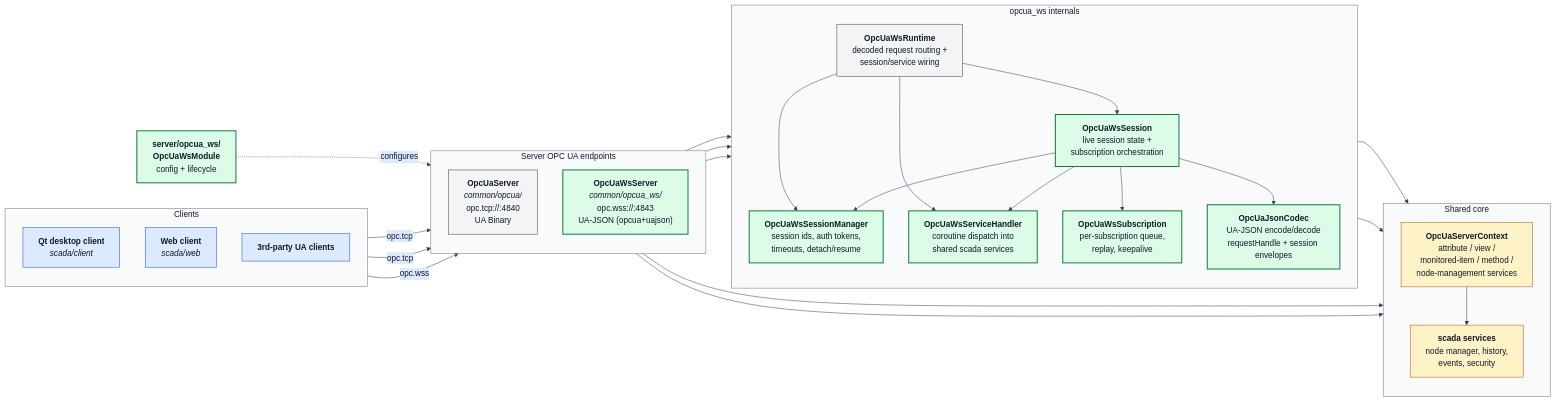
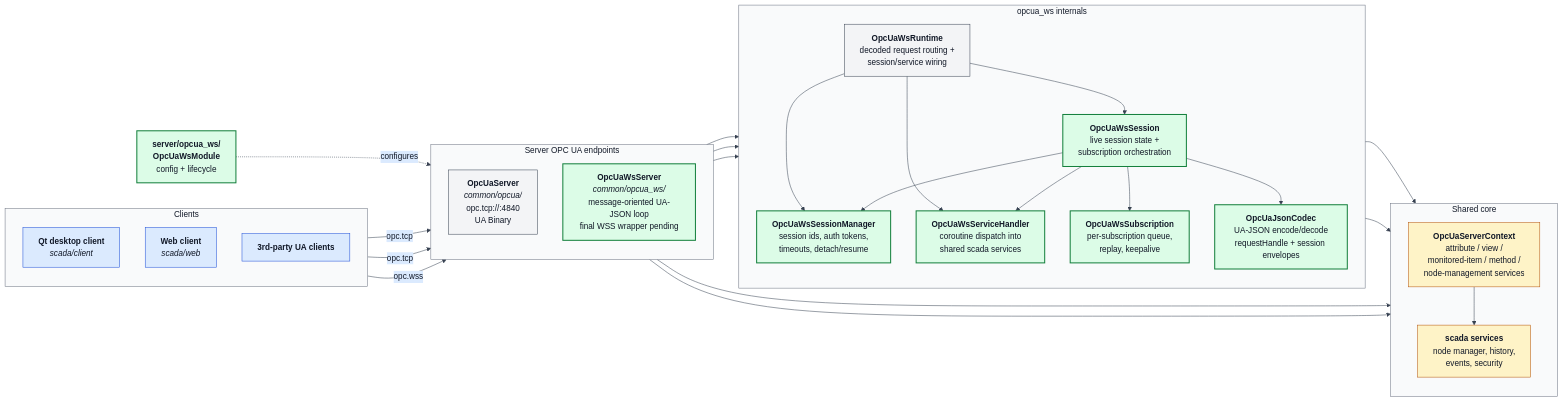
One commit to alexsmn/scada-common changed the diagram in docs/opcua_ws_architecture.mmd. Above: the diagram before and after it, drawn with Mermaid. The commit also changed 7 other files, not shown here.

Commit message:
Add opcua_ws transport server loop

```diff
--- a/docs/opcua_ws_architecture.mmd
+++ b/docs/opcua_ws_architecture.mmd
@@ -1,84 +1,84 @@
 %%{init: {
   'theme': 'base',
   'themeVariables': {
     'background': '#ffffff',
     'primaryColor': '#f3f4f6',
     'primaryBorderColor': '#374151',
     'primaryTextColor': '#111827',
     'secondaryColor': '#dbeafe',
     'secondaryBorderColor': '#1d4ed8',
     'secondaryTextColor': '#111827',
     'tertiaryColor': '#fef3c7',
     'tertiaryBorderColor': '#b45309',
     'tertiaryTextColor': '#111827',
     'lineColor': '#374151',
     'defaultLinkColor': '#374151',
     'clusterBkg': '#f9fafb',
     'clusterBorder': '#6b7280',
     'titleColor': '#111827'
   },
   'flowchart': {'htmlLabels': true}
 }}%%
 flowchart LR
     subgraph Clients["Clients"]
         direction TB
         QT["<b>Qt desktop client</b><br/><i>scada/client</i>"]
         WEB["<b>Web client</b><br/><i>scada/web</i>"]
         NATIVE["<b>3rd-party UA clients</b>"]
     end
 
     subgraph Endpoints["Server OPC UA endpoints"]
         direction TB
         TCP["<b>OpcUaServer</b><br/><i>common/opcua/</i><br/>opc.tcp://:4840<br/>UA Binary"]
-        WS["<b>OpcUaWsServer</b><br/><i>common/opcua_ws/</i><br/>opc.wss://:4843<br/>UA-JSON (opcua+uajson)"]
+        WS["<b>OpcUaWsServer</b><br/><i>common/opcua_ws/</i><br/>message-oriented UA-JSON loop<br/>final WSS wrapper pending"]
     end
 
     subgraph WsInternals["opcua_ws internals"]
         direction TB
         SESS["<b>OpcUaWsSession</b><br/>live session state +<br/>subscription orchestration"]
         RT["<b>OpcUaWsRuntime</b><br/>decoded request routing +<br/>session/service wiring"]
         SMGR["<b>OpcUaWsSessionManager</b><br/>session ids, auth tokens,<br/>timeouts, detach/resume"]
         HANDLER["<b>OpcUaWsServiceHandler</b><br/>coroutine dispatch into<br/>shared scada services"]
         SUB["<b>OpcUaWsSubscription</b><br/>per-subscription queue,<br/>replay, keepalive"]
         CODEC["<b>OpcUaJsonCodec</b><br/>UA-JSON encode/decode<br/>requestHandle + session envelopes"]
     end
 
     subgraph Core["Shared core"]
         direction TB
         CTX["<b>OpcUaServerContext</b><br/>attribute / view /<br/>monitored-item / method /<br/>node-management services"]
         SVC["<b>scada services</b><br/>node manager, history,<br/>events, security"]
     end
 
     MOD["<b>server/opcua_ws/<br/>OpcUaWsModule</b><br/>config + lifecycle"]
 
     QT -->|opc.tcp| TCP
     NATIVE -->|opc.tcp| TCP
     WEB -->|opc.wss| WS
 
     WS --> SESS
     WS --> RT
     RT --> SESS
     RT --> SMGR
     RT --> HANDLER
     SESS --> SMGR
     SESS --> HANDLER
     WS --> CODEC
     SESS --> SUB
     SESS --> CODEC
     HANDLER --> CTX
     SMGR --> CTX
 
     TCP --> CTX
     WS --> CTX
     CTX --> SVC
 
     MOD -.configures.-> WS
 
     classDef clientStyle fill:#dbeafe,stroke:#1d4ed8,color:#111827
     classDef newModule fill:#dcfce7,stroke:#15803d,color:#111827,stroke-width:2px
     classDef existing fill:#f3f4f6,stroke:#374151,color:#111827
     classDef core fill:#fef3c7,stroke:#b45309,color:#111827
     class QT,WEB,NATIVE clientStyle
     class WS,SESS,SMGR,HANDLER,SUB,CODEC,MOD newModule
     class TCP existing
     class CTX,SVC core
```
